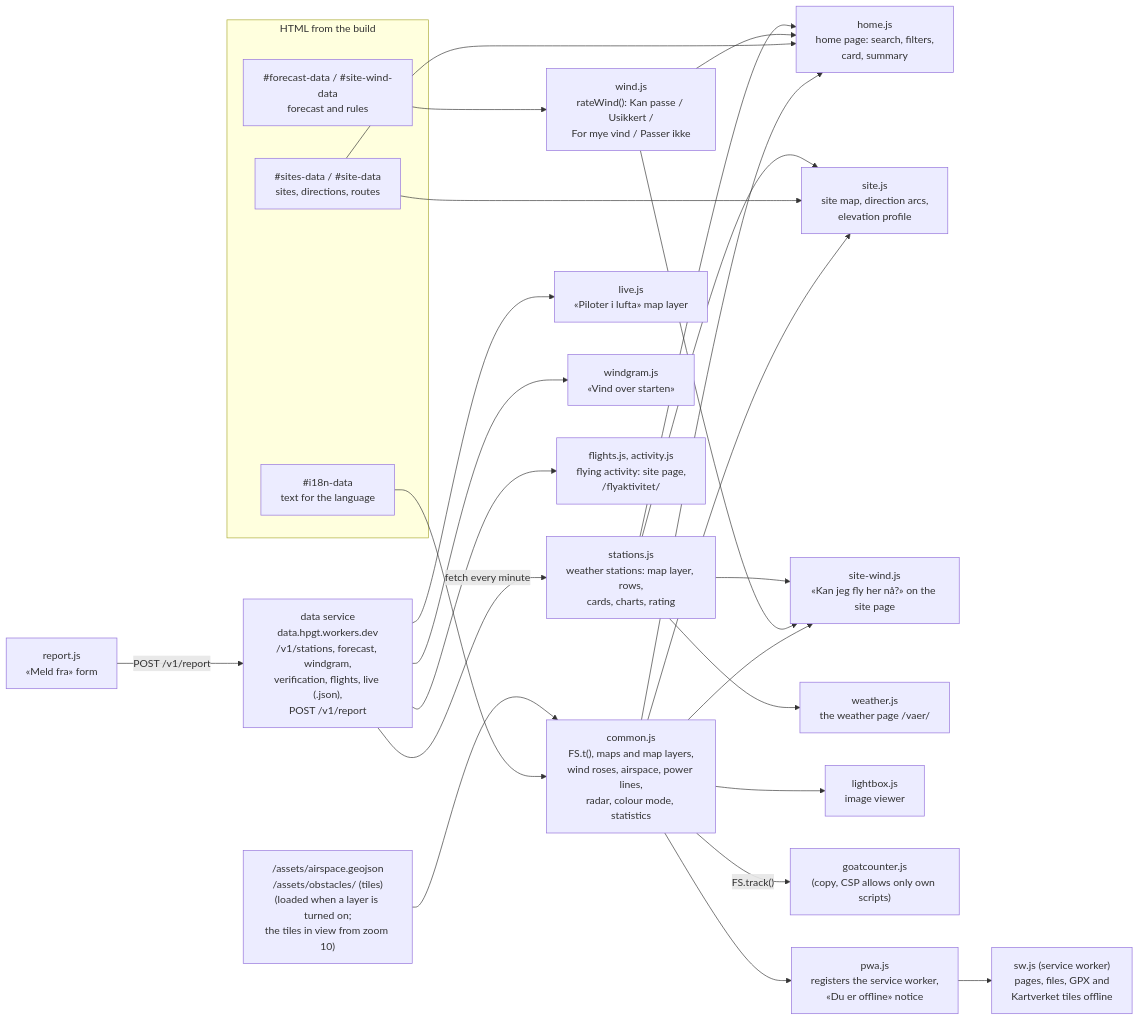
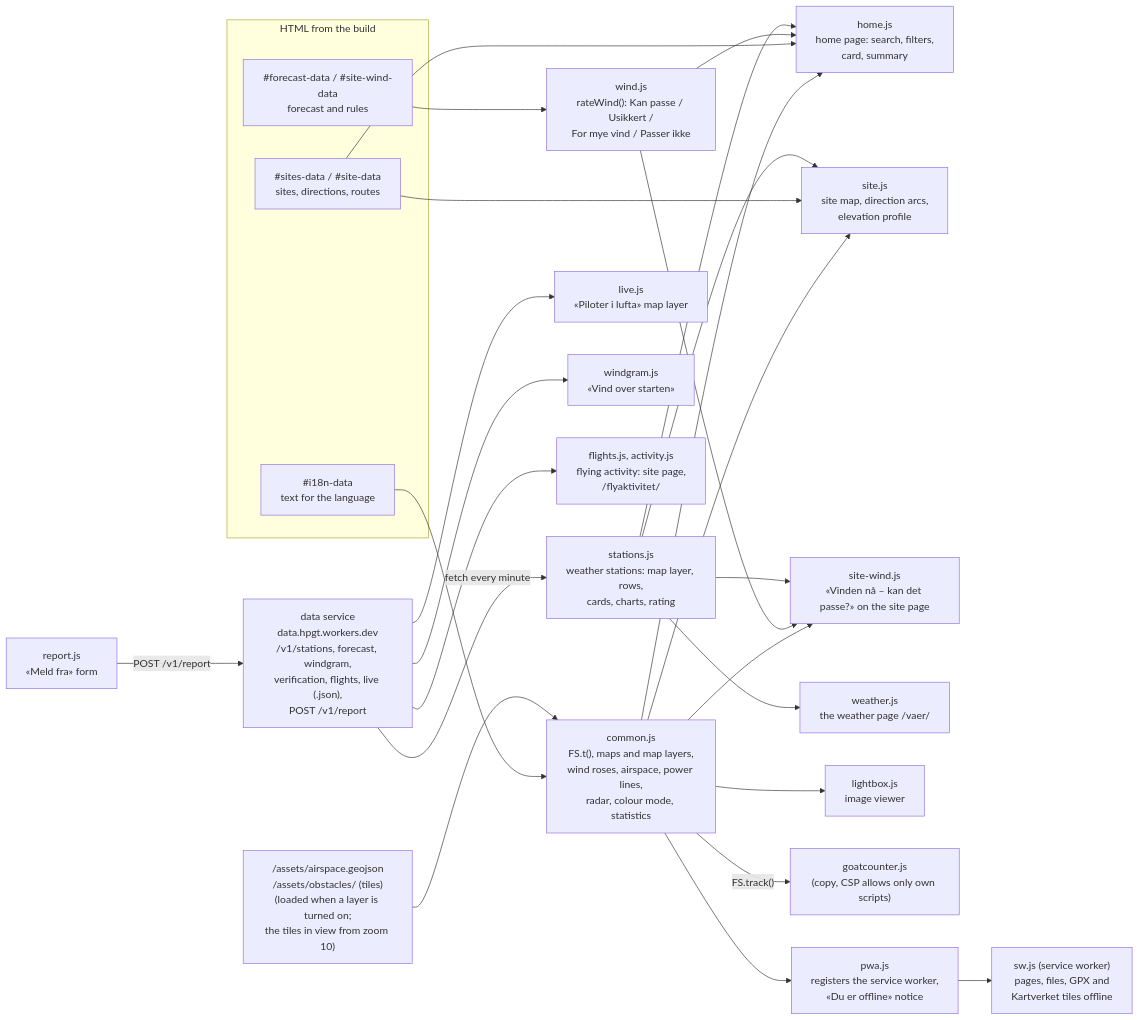
The third of 5 diagrams in docs/architecture.md (hpgt-com/flying-sites), drawn with Mermaid before and after one commit. The commit also changed other lines of this file and 8 other files, not shown here.

First line of the commit message:
Stedssiden: «Vinden nå – kan det passe?» i stedet for «Kan jeg fly her nå?»

````diff
--- a/docs/architecture.md
+++ b/docs/architecture.md
@@ -134,37 +134,37 @@
 ```mermaid
 flowchart LR
   subgraph page["HTML from the build"]
     j1["#i18n-data<br/>text for the language"]
     j2["#sites-data / #site-data<br/>sites, directions, routes"]
     j3["#forecast-data / #site-wind-data<br/>forecast and rules"]
   end
 
   common["common.js<br/>FS.t(), maps and map layers,<br/>wind roses, airspace, power lines,<br/>radar, colour mode, statistics"]
   assets["/assets/airspace.geojson<br/>/assets/obstacles/ (tiles)<br/>(loaded when a layer is turned on;<br/>the tiles in view from zoom 10)"]
   wind["wind.js<br/>rateWind(): Kan passe / Usikkert /<br/>For mye vind / Passer ikke"]
   home["home.js<br/>home page: search, filters,<br/>card, summary"]
   site["site.js<br/>site map, direction arcs,<br/>elevation profile"]
-  sitewind["site-wind.js<br/>«Kan jeg fly her nå?» on the site page"]
+  sitewind["site-wind.js<br/>«Vinden nå – kan det passe?» on the site page"]
   stations["stations.js<br/>weather stations: map layer, rows,<br/>cards, charts, rating"]
   weather["weather.js<br/>the weather page /vaer/"]
   data["data service<br/>data.hpgt.workers.dev<br/>/v1/stations, forecast, windgram,<br/>verification, flights, live (.json),<br/>POST /v1/report"]
   live["live.js<br/>«Piloter i lufta» map layer"]
   windgram["windgram.js<br/>«Vind over starten»"]
   flights["flights.js, activity.js<br/>flying activity: site page,<br/>/flyaktivitet/"]
   report["report.js<br/>«Meld fra» form"]
   lightbox["lightbox.js<br/>image viewer"]
   goat["goatcounter.js<br/>(copy, CSP allows only own scripts)"]
   pwa["pwa.js<br/>registers the service worker,<br/>«Du er offline» notice"]
   sw["sw.js (service worker)<br/>pages, files, GPX and<br/>Kartverket tiles offline"]
 
   j1 --> common
   assets --> common
   common --> home & site & sitewind & lightbox
   j2 --> home & site
   j3 --> wind --> home & sitewind
   data -- "fetch every minute" --> stations --> home & site & sitewind & weather
   data --> live & windgram & flights
   report -- "POST /v1/report" --> data
   common -- "FS.track()" --> goat
   common --> pwa --> sw
 ```
````
